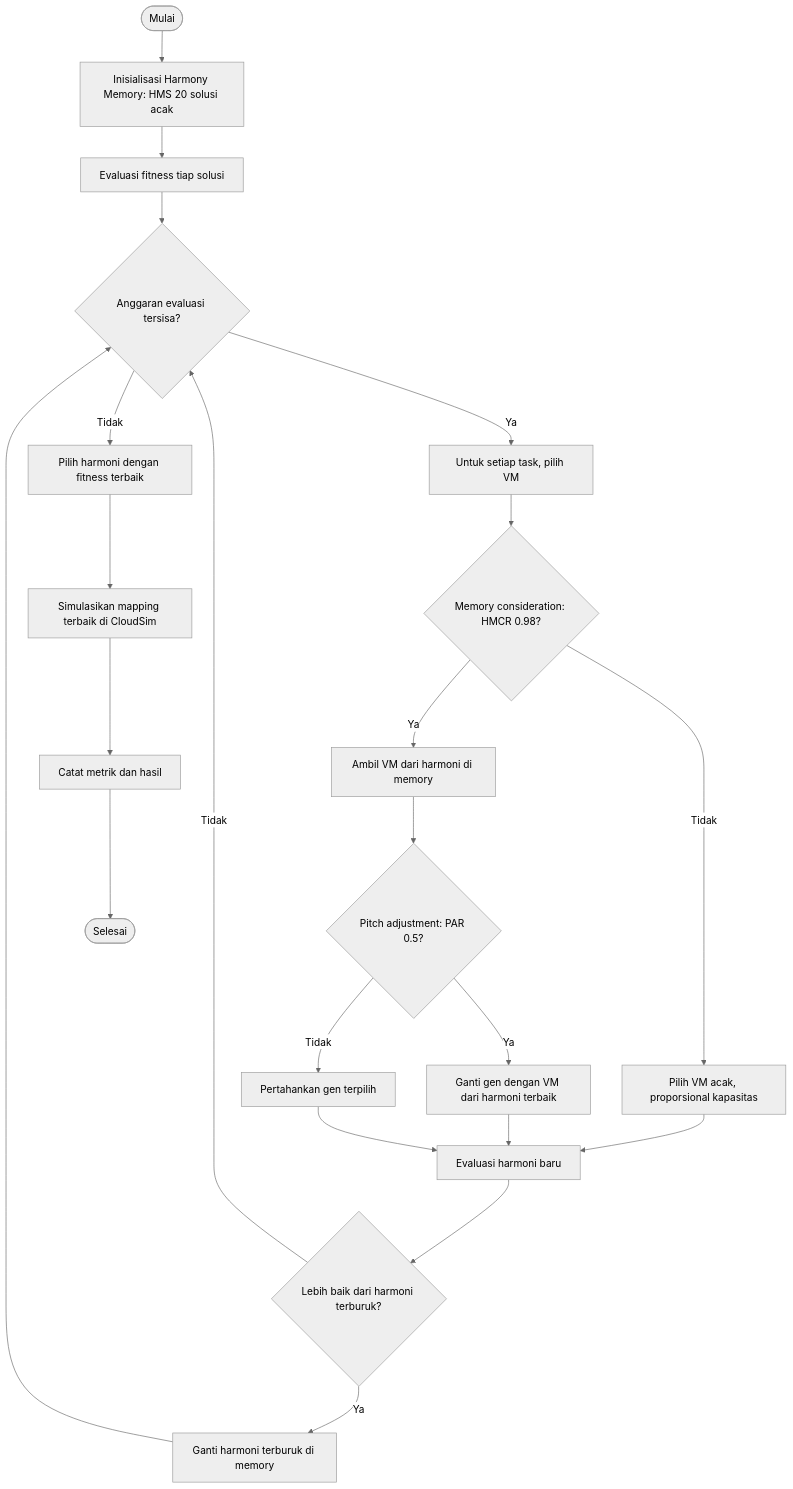
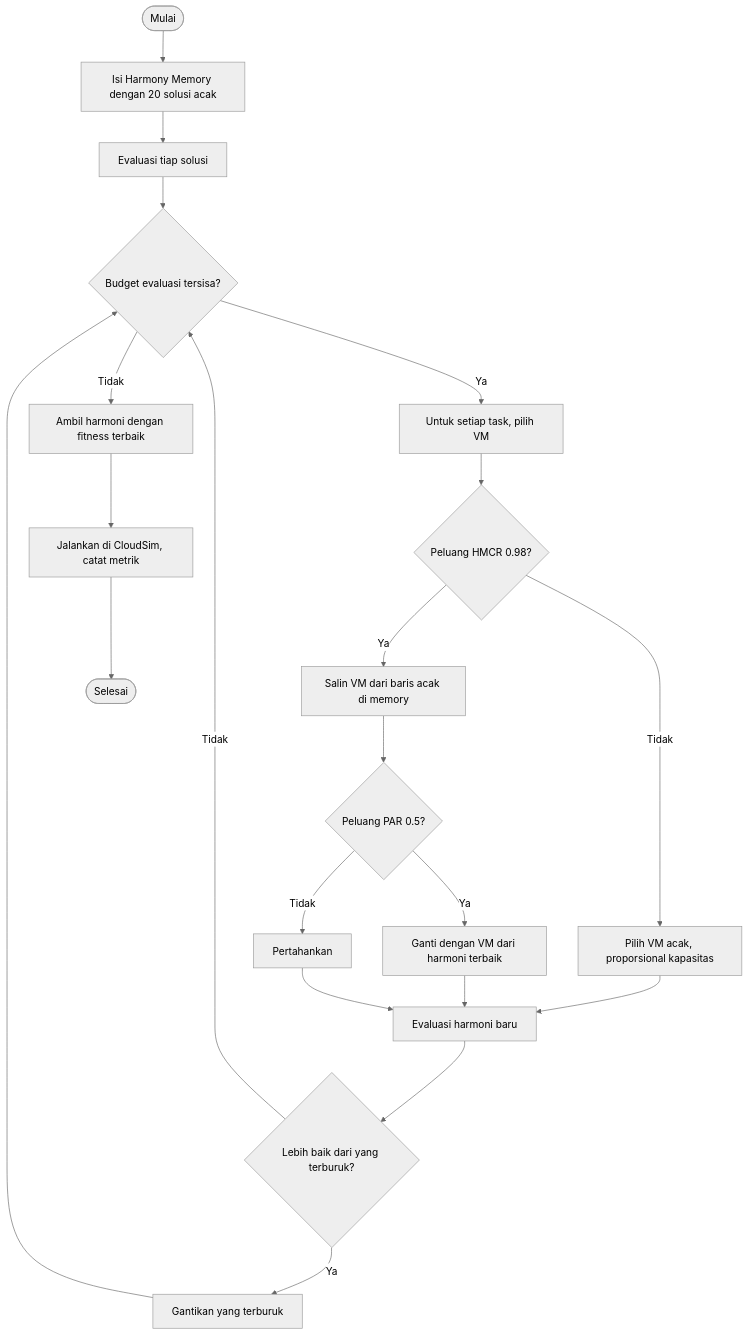
The second of 3 diagrams in README.md (pikaapik-io/soka-a-5-metaheuristik), drawn with Mermaid (neutral theme) before and after one commit. The commit also changed other lines of this file, not shown here.

````diff
--- a/README.md
+++ b/README.md
@@ -141,24 +309,23 @@
 ```mermaid
 flowchart TD
-    A([Mulai]) --> B[Inisialisasi Harmony Memory: HMS 20 solusi acak]
-    B --> C[Evaluasi fitness tiap solusi]
-    C --> D{Anggaran evaluasi tersisa?}
-    D -- Tidak --> K[Pilih harmoni dengan fitness terbaik]
+    A([Mulai]) --> B[Isi Harmony Memory dengan 20 solusi acak]
+    B --> C[Evaluasi tiap solusi]
+    C --> D{Budget evaluasi tersisa?}
+    D -- Tidak --> K[Ambil harmoni dengan fitness terbaik]
     D -- Ya --> E[Untuk setiap task, pilih VM]
-    E --> F{Memory consideration: HMCR 0.98?}
+    E --> F{Peluang HMCR 0.98?}
     F -- Tidak --> G[Pilih VM acak, proporsional kapasitas]
-    F -- Ya --> H[Ambil VM dari harmoni di memory]
-    H --> I{Pitch adjustment: PAR 0.5?}
-    I -- Ya --> J[Ganti gen dengan VM dari harmoni terbaik]
-    I -- Tidak --> L[Pertahankan gen terpilih]
+    F -- Ya --> H[Salin VM dari baris acak di memory]
+    H --> I{Peluang PAR 0.5?}
+    I -- Ya --> J[Ganti dengan VM dari harmoni terbaik]
+    I -- Tidak --> L[Pertahankan]
     G --> M[Evaluasi harmoni baru]
     J --> M
     L --> M
-    M --> N{Lebih baik dari harmoni terburuk?}
-    N -- Ya --> O[Ganti harmoni terburuk di memory]
+    M --> N{Lebih baik dari yang terburuk?}
+    N -- Ya --> O[Gantikan yang terburuk]
     N -- Tidak --> D
     O --> D
-    K --> P[Simulasikan mapping terbaik di CloudSim]
-    P --> Q[Catat metrik dan hasil]
-    Q --> R([Selesai])
+    K --> P[Jalankan di CloudSim, catat metrik]
+    P --> Q([Selesai])
 ```
````
